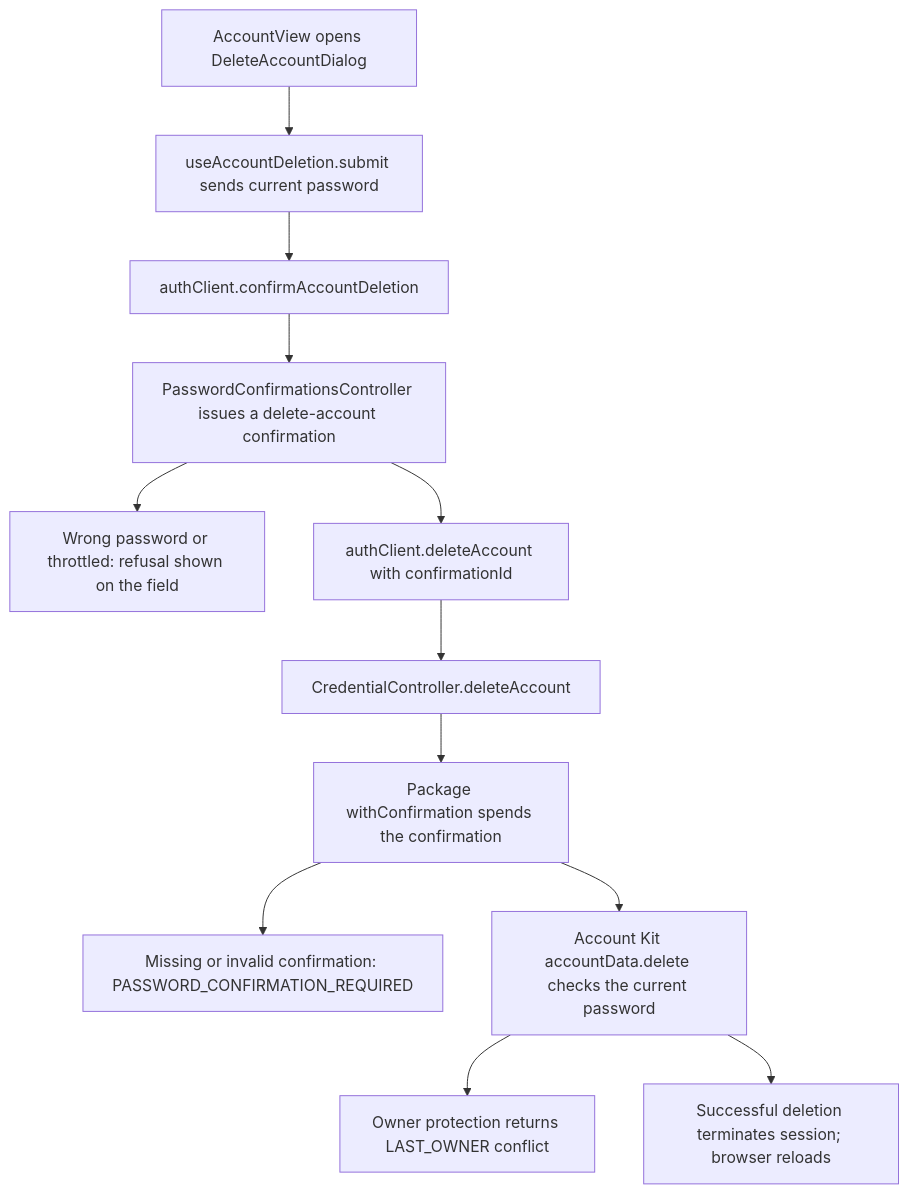
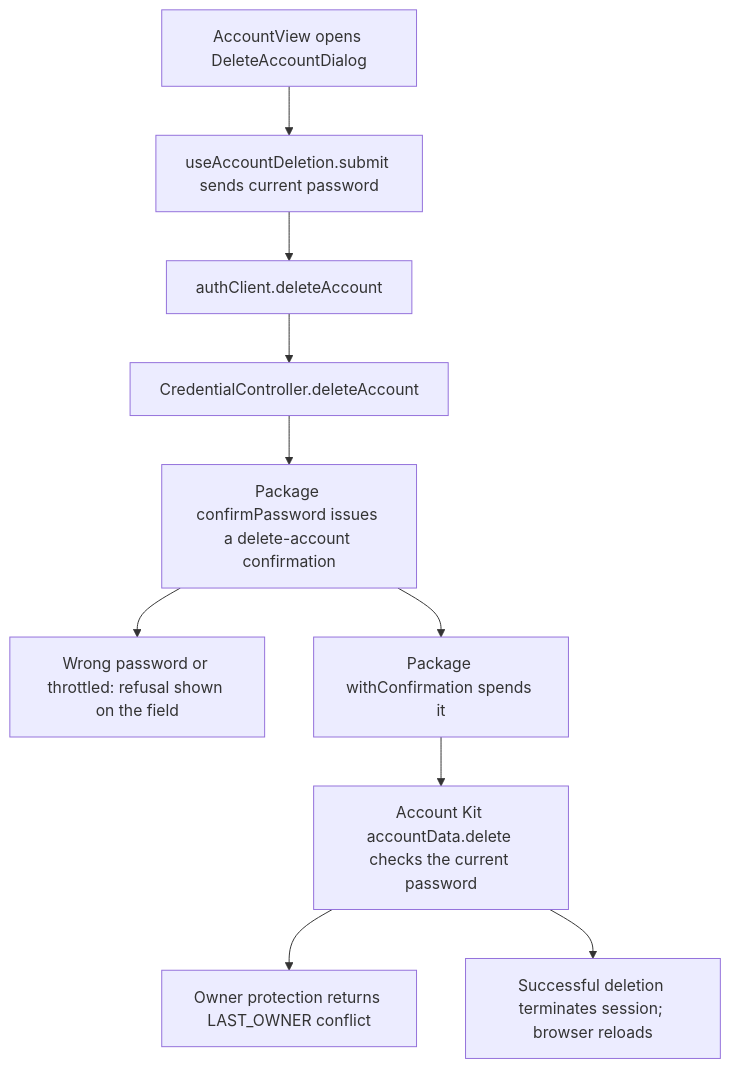
One commit to Kevinjohn/capacitylens changed the second of 2 diagrams in user-stories/account/US-ACCOUNT-05-delete-account.md. Above: the diagram before and after it, drawn with Mermaid. The commit also changed other lines of this file and 8 other files, not shown here.

First line of the commit message:
Issue and spend the delete-account confirmation inside the deletion request

````diff
--- a/user-stories/account/US-ACCOUNT-05-delete-account.md
+++ b/user-stories/account/US-ACCOUNT-05-delete-account.md
@@ -35,14 +35,12 @@
 ```mermaid
 flowchart TD
   view["AccountView opens DeleteAccountDialog"] --> submit["useAccountDeletion.submit sends current password"]
-  submit --> confirm["authClient.confirmAccountDeletion"]
-  confirm --> issue["PasswordConfirmationsController issues a delete-account confirmation"]
+  submit --> client["authClient.deleteAccount"]
+  client --> route["CredentialController.deleteAccount"]
+  route --> issue["Package confirmPassword issues a delete-account confirmation"]
   issue --> refused["Wrong password or throttled: refusal shown on the field"]
-  issue --> client["authClient.deleteAccount with confirmationId"]
-  client --> route["CredentialController.deleteAccount"]
-  route --> spend["Package withConfirmation spends the confirmation"]
-  spend --> required["Missing or invalid confirmation: PASSWORD_CONFIRMATION_REQUIRED"]
+  issue --> spend["Package withConfirmation spends it"]
   spend --> kit["Account Kit accountData.delete checks the current password"]
   kit --> owner["Owner protection returns LAST_OWNER conflict"]
   kit --> session["Successful deletion terminates session; browser reloads"]
 ```
````
